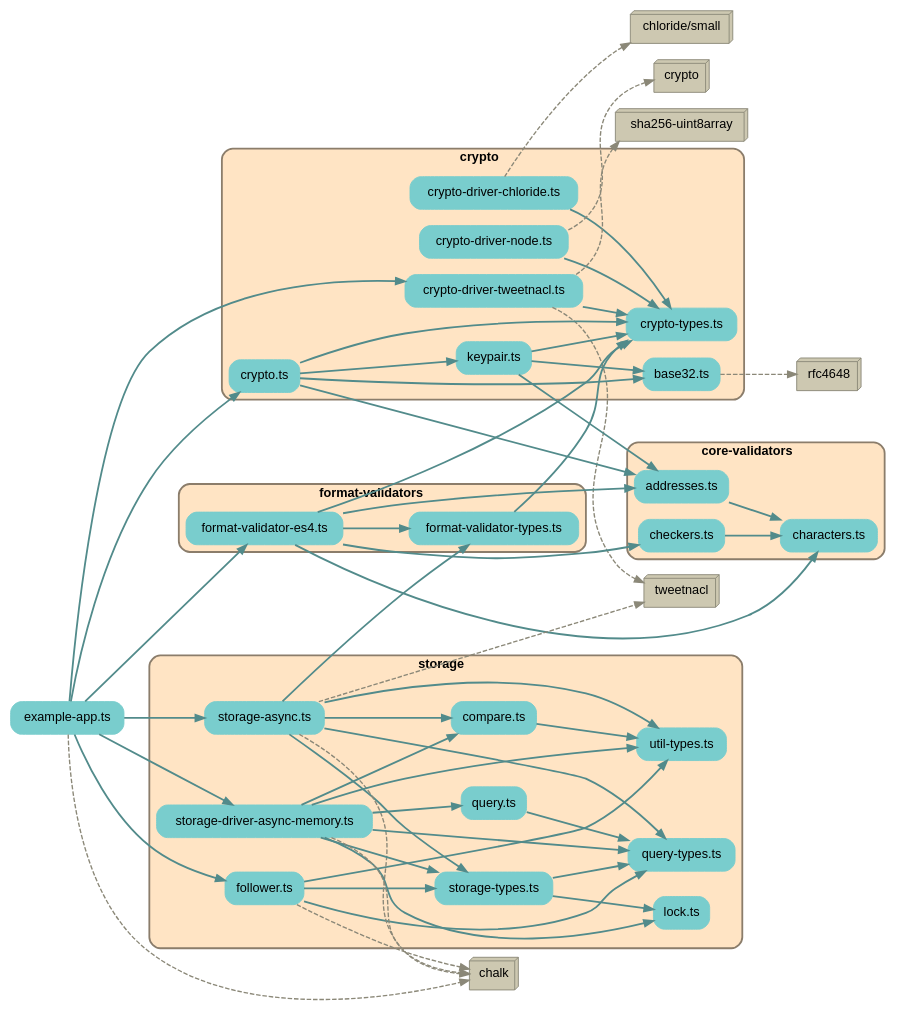
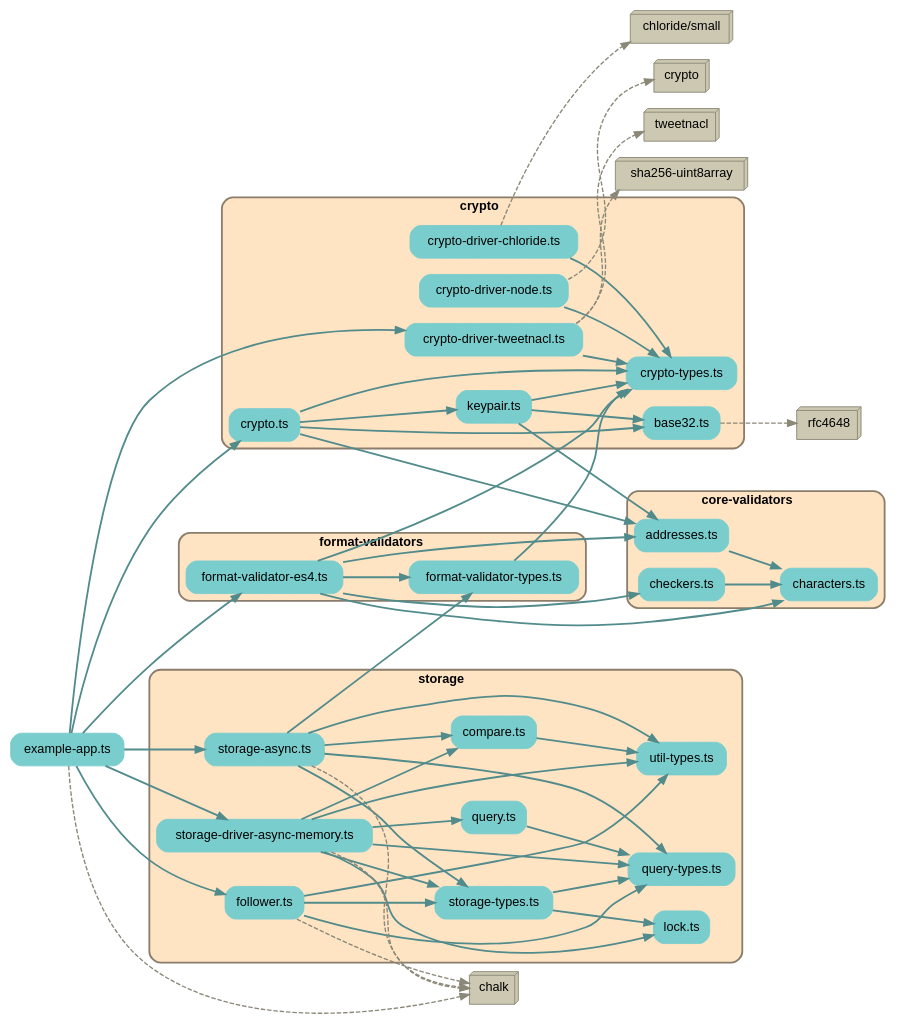
The diagram in depchart/depchart-deps.dot (earthstar-project/earthstar), drawn with Graphviz before and after one commit. The commit also changed 8 other files, not shown here.

```diff
--- a/depchart/depchart-deps.dot
+++ b/depchart/depchart-deps.dot
@@ -1,137 +1,136 @@
 
 digraph G {
     //splines=line;
     //splines=polyline;
     splines=true;
     rankdir=LR;
     //newrank=true;
     compound=true;
     graph [fontname = "helvetica"];  // dpi=72
     node [fontname = "helvetica"];
     edge [fontname = "helvetica"];
     
     // files in their folder clusters
         "src/example-app.ts" [label="example-app.ts", shape=rectangle; style="rounded,filled"; color=darkslategray3];
 
-        subgraph cluster5960694142 {
+        subgraph cluster7045891644 {
             label=<<b>core-validators</b>>;
             style="rounded,filled";
             fillcolor=bisque;
             color=bisque4;
             penwidth=2;
                     
             "src/core-validators/addresses.ts" [label="addresses.ts", shape=rectangle; style="rounded,filled"; color=darkslategray3];
             "src/core-validators/characters.ts" [label="characters.ts", shape=rectangle; style="rounded,filled"; color=darkslategray3];
             "src/core-validators/checkers.ts" [label="checkers.ts", shape=rectangle; style="rounded,filled"; color=darkslategray3];
         }
 
-        subgraph cluster2401474559 {
+        subgraph cluster2130603810 {
             label=<<b>crypto</b>>;
             style="rounded,filled";
             fillcolor=bisque;
             color=bisque4;
             penwidth=2;
                     
             "src/crypto/base32.ts" [label="base32.ts", shape=rectangle; style="rounded,filled"; color=darkslategray3];
             "src/crypto/crypto-driver-chloride.ts" [label="crypto-driver-chloride.ts", shape=rectangle; style="rounded,filled"; color=darkslategray3];
             "src/crypto/crypto-driver-node.ts" [label="crypto-driver-node.ts", shape=rectangle; style="rounded,filled"; color=darkslategray3];
             "src/crypto/crypto-driver-tweetnacl.ts" [label="crypto-driver-tweetnacl.ts", shape=rectangle; style="rounded,filled"; color=darkslategray3];
             "src/crypto/crypto-types.ts" [label="crypto-types.ts", shape=rectangle; style="rounded,filled"; color=darkslategray3];
             "src/crypto/crypto.ts" [label="crypto.ts", shape=rectangle; style="rounded,filled"; color=darkslategray3];
             "src/crypto/keypair.ts" [label="keypair.ts", shape=rectangle; style="rounded,filled"; color=darkslategray3];
         }
 
-        subgraph cluster9931129643 {
+        subgraph cluster2237696328 {
             label=<<b>format-validators</b>>;
             style="rounded,filled";
             fillcolor=bisque;
             color=bisque4;
             penwidth=2;
                     
             "src/format-validators/format-validator-es4.ts" [label="format-validator-es4.ts", shape=rectangle; style="rounded,filled"; color=darkslategray3];
             "src/format-validators/format-validator-types.ts" [label="format-validator-types.ts", shape=rectangle; style="rounded,filled"; color=darkslategray3];
         }
 
-        subgraph cluster6035582244 {
+        subgraph cluster3678266191 {
             label=<<b>storage</b>>;
             style="rounded,filled";
             fillcolor=bisque;
             color=bisque4;
             penwidth=2;
                     
             "src/storage/compare.ts" [label="compare.ts", shape=rectangle; style="rounded,filled"; color=darkslategray3];
             "src/storage/follower.ts" [label="follower.ts", shape=rectangle; style="rounded,filled"; color=darkslategray3];
             "src/storage/lock.ts" [label="lock.ts", shape=rectangle; style="rounded,filled"; color=darkslategray3];
             "src/storage/query-types.ts" [label="query-types.ts", shape=rectangle; style="rounded,filled"; color=darkslategray3];
             "src/storage/query.ts" [label="query.ts", shape=rectangle; style="rounded,filled"; color=darkslategray3];
             "src/storage/storage-async.ts" [label="storage-async.ts", shape=rectangle; style="rounded,filled"; color=darkslategray3];
             "src/storage/storage-driver-async-memory.ts" [label="storage-driver-async-memory.ts", shape=rectangle; style="rounded,filled"; color=darkslategray3];
             "src/storage/storage-types.ts" [label="storage-types.ts", shape=rectangle; style="rounded,filled"; color=darkslategray3];
             "src/storage/util-types.ts" [label="util-types.ts", shape=rectangle; style="rounded,filled"; color=darkslategray3];
         }
 
     // packages not in their own cluster
         "rfc4648" [shape=box3d, style=filled, fillcolor=cornsilk3, color=cornsilk4];
         "chloride/small" [shape=box3d, style=filled, fillcolor=cornsilk3, color=cornsilk4];
         "crypto" [shape=box3d, style=filled, fillcolor=cornsilk3, color=cornsilk4];
         "tweetnacl" [shape=box3d, style=filled, fillcolor=cornsilk3, color=cornsilk4];
         "sha256-uint8array" [shape=box3d, style=filled, fillcolor=cornsilk3, color=cornsilk4];
         "chalk" [shape=box3d, style=filled, fillcolor=cornsilk3, color=cornsilk4];
 
     // edges between files
     "src/core-validators/addresses.ts" -> "src/core-validators/characters.ts" [penwidth=2; color=darkslategray4];
     "src/core-validators/checkers.ts" -> "src/core-validators/characters.ts" [penwidth=2; color=darkslategray4];
     "src/crypto/crypto-driver-chloride.ts" -> "src/crypto/crypto-types.ts" [penwidth=2; color=darkslategray4];
     "src/crypto/crypto-driver-node.ts" -> "src/crypto/crypto-types.ts" [penwidth=2; color=darkslategray4];
     "src/crypto/crypto-driver-tweetnacl.ts" -> "src/crypto/crypto-types.ts" [penwidth=2; color=darkslategray4];
     "src/crypto/crypto.ts" -> "src/crypto/crypto-types.ts" [penwidth=2; color=darkslategray4];
     "src/crypto/crypto.ts" -> "src/crypto/base32.ts" [penwidth=2; color=darkslategray4];
     "src/crypto/crypto.ts" -> "src/crypto/keypair.ts" [penwidth=2; color=darkslategray4];
     "src/crypto/crypto.ts" -> "src/core-validators/addresses.ts" [penwidth=2; color=darkslategray4];
     "src/crypto/keypair.ts" -> "src/crypto/base32.ts" [penwidth=2; color=darkslategray4];
     "src/crypto/keypair.ts" -> "src/crypto/crypto-types.ts" [penwidth=2; color=darkslategray4];
     "src/crypto/keypair.ts" -> "src/core-validators/addresses.ts" [penwidth=2; color=darkslategray4];
     "src/example-app.ts" -> "src/format-validators/format-validator-es4.ts" [penwidth=2; color=darkslategray4];
     "src/example-app.ts" -> "src/storage/storage-driver-async-memory.ts" [penwidth=2; color=darkslategray4];
     "src/example-app.ts" -> "src/storage/storage-async.ts" [penwidth=2; color=darkslategray4];
     "src/example-app.ts" -> "src/storage/follower.ts" [penwidth=2; color=darkslategray4];
     "src/example-app.ts" -> "src/crypto/crypto.ts" [penwidth=2; color=darkslategray4];
     "src/example-app.ts" -> "src/crypto/crypto-driver-tweetnacl.ts" [penwidth=2; color=darkslategray4];
     "src/format-validators/format-validator-es4.ts" -> "src/format-validators/format-validator-types.ts" [penwidth=2; color=darkslategray4];
     "src/format-validators/format-validator-es4.ts" -> "src/crypto/crypto-types.ts" [penwidth=2; color=darkslategray4];
     "src/format-validators/format-validator-es4.ts" -> "src/core-validators/characters.ts" [penwidth=2; color=darkslategray4];
     "src/format-validators/format-validator-es4.ts" -> "src/core-validators/checkers.ts" [penwidth=2; color=darkslategray4];
     "src/format-validators/format-validator-es4.ts" -> "src/core-validators/addresses.ts" [penwidth=2; color=darkslategray4];
     "src/format-validators/format-validator-types.ts" -> "src/crypto/crypto-types.ts" [penwidth=2; color=darkslategray4];
     "src/storage/compare.ts" -> "src/storage/util-types.ts" [penwidth=2; color=darkslategray4];
     "src/storage/follower.ts" -> "src/storage/util-types.ts" [penwidth=2; color=darkslategray4];
     "src/storage/follower.ts" -> "src/storage/query-types.ts" [penwidth=2; color=darkslategray4];
     "src/storage/follower.ts" -> "src/storage/storage-types.ts" [penwidth=2; color=darkslategray4];
     "src/storage/query.ts" -> "src/storage/query-types.ts" [penwidth=2; color=darkslategray4];
     "src/storage/storage-async.ts" -> "src/storage/util-types.ts" [penwidth=2; color=darkslategray4];
     "src/storage/storage-async.ts" -> "src/storage/query-types.ts" [penwidth=2; color=darkslategray4];
     "src/storage/storage-async.ts" -> "src/storage/storage-types.ts" [penwidth=2; color=darkslategray4];
     "src/storage/storage-async.ts" -> "src/format-validators/format-validator-types.ts" [penwidth=2; color=darkslategray4];
     "src/storage/storage-async.ts" -> "src/storage/compare.ts" [penwidth=2; color=darkslategray4];
     "src/storage/storage-driver-async-memory.ts" -> "src/storage/util-types.ts" [penwidth=2; color=darkslategray4];
     "src/storage/storage-driver-async-memory.ts" -> "src/storage/query-types.ts" [penwidth=2; color=darkslategray4];
     "src/storage/storage-driver-async-memory.ts" -> "src/storage/storage-types.ts" [penwidth=2; color=darkslategray4];
     "src/storage/storage-driver-async-memory.ts" -> "src/storage/compare.ts" [penwidth=2; color=darkslategray4];
     "src/storage/storage-driver-async-memory.ts" -> "src/storage/query.ts" [penwidth=2; color=darkslategray4];
     "src/storage/storage-driver-async-memory.ts" -> "src/storage/lock.ts" [penwidth=2; color=darkslategray4];
     "src/storage/storage-types.ts" -> "src/storage/query-types.ts" [penwidth=2; color=darkslategray4];
     "src/storage/storage-types.ts" -> "src/storage/lock.ts" [penwidth=2; color=darkslategray4];
 
     // edges from files to packages
     "src/crypto/base32.ts" -> "rfc4648" [penwidth=1.5; style=dashed, color=cornsilk4, weight=1];
     "src/crypto/crypto-driver-chloride.ts" -> "chloride/small" [penwidth=1.5; style=dashed, color=cornsilk4, weight=1];
     "src/crypto/crypto-driver-node.ts" -> "crypto" [penwidth=1.5; style=dashed, color=cornsilk4, weight=1];
     "src/crypto/crypto-driver-tweetnacl.ts" -> "tweetnacl" [penwidth=1.5; style=dashed, color=cornsilk4, weight=1];
     "src/crypto/crypto-driver-tweetnacl.ts" -> "sha256-uint8array" [penwidth=1.5; style=dashed, color=cornsilk4, weight=1];
     "src/example-app.ts" -> "chalk" [penwidth=1.5; style=dashed, color=cornsilk4, weight=1];
     "src/storage/follower.ts" -> "chalk" [penwidth=1.5; style=dashed, color=cornsilk4, weight=1];
     "src/storage/storage-async.ts" -> "chalk" [penwidth=1.5; style=dashed, color=cornsilk4, weight=1];
-    "src/storage/storage-async.ts" -> "tweetnacl" [penwidth=1.5; style=dashed, color=cornsilk4, weight=1];
     "src/storage/storage-driver-async-memory.ts" -> "chalk" [penwidth=1.5; style=dashed, color=cornsilk4, weight=1];
 
 }
```
